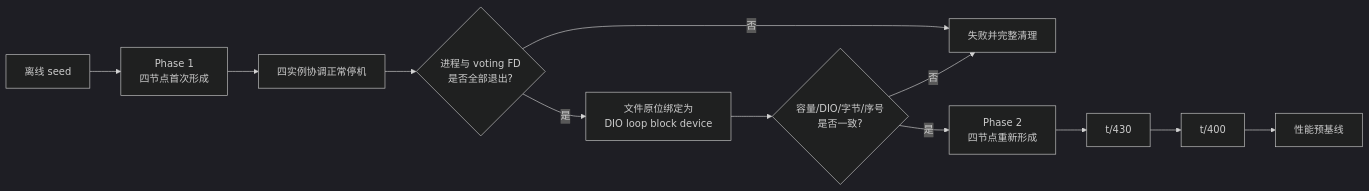
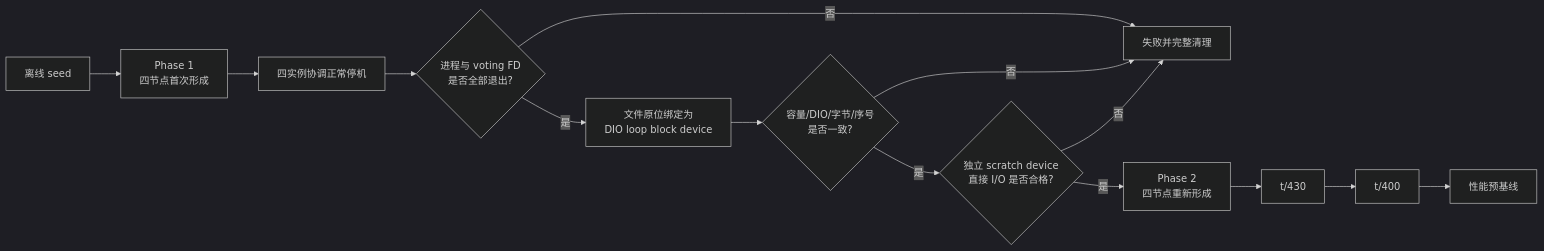
Before and after one commit to sqlrush/linkdb: the diagram in docs/architecture/four-node-two-stage-acceptance/README.md, drawn with Mermaid (dark theme). The commit also changed other lines of this file and 4 other files, not shown here.

````diff
--- a/docs/architecture/four-node-two-stage-acceptance/README.md
+++ b/docs/architecture/four-node-two-stage-acceptance/README.md
@@ -30,14 +32,16 @@
 ```mermaid
 flowchart LR
     A[离线 seed] --> B[Phase 1<br/>四节点首次形成]
     B --> C[四实例协调正常停机]
     C --> D{进程与 voting FD<br/>是否全部退出?}
     D -- 否 --> X[失败并完整清理]
     D -- 是 --> E[文件原位绑定为<br/>DIO loop block device]
     E --> F{容量/DIO/字节/序号<br/>是否一致?}
     F -- 否 --> X
-    F -- 是 --> G[Phase 2<br/>四节点重新形成]
+    F -- 是 --> Q{独立 scratch device<br/>直接 I/O 是否合格?}
+    Q -- 否 --> X
+    Q -- 是 --> G[Phase 2<br/>四节点重新形成]
     G --> H[t/430]
     H --> I[t/400]
     I --> J[性能预基线]
 ```
````
